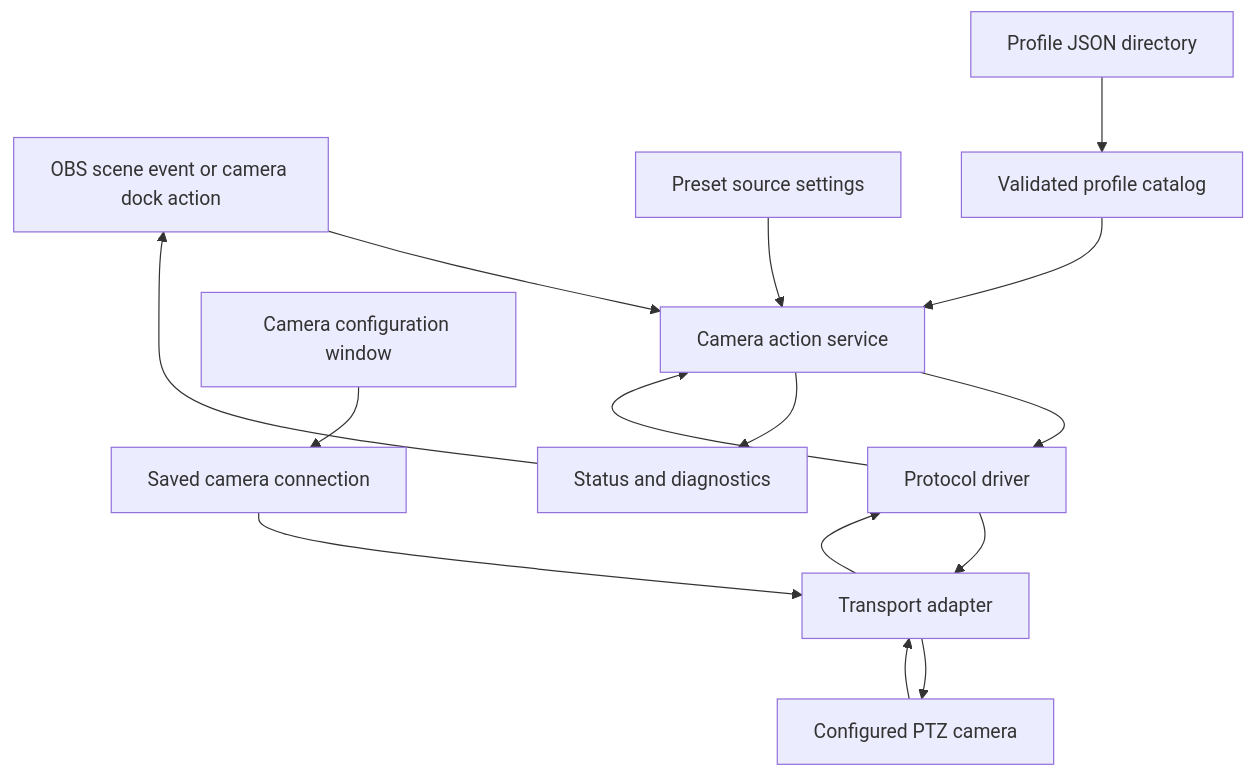
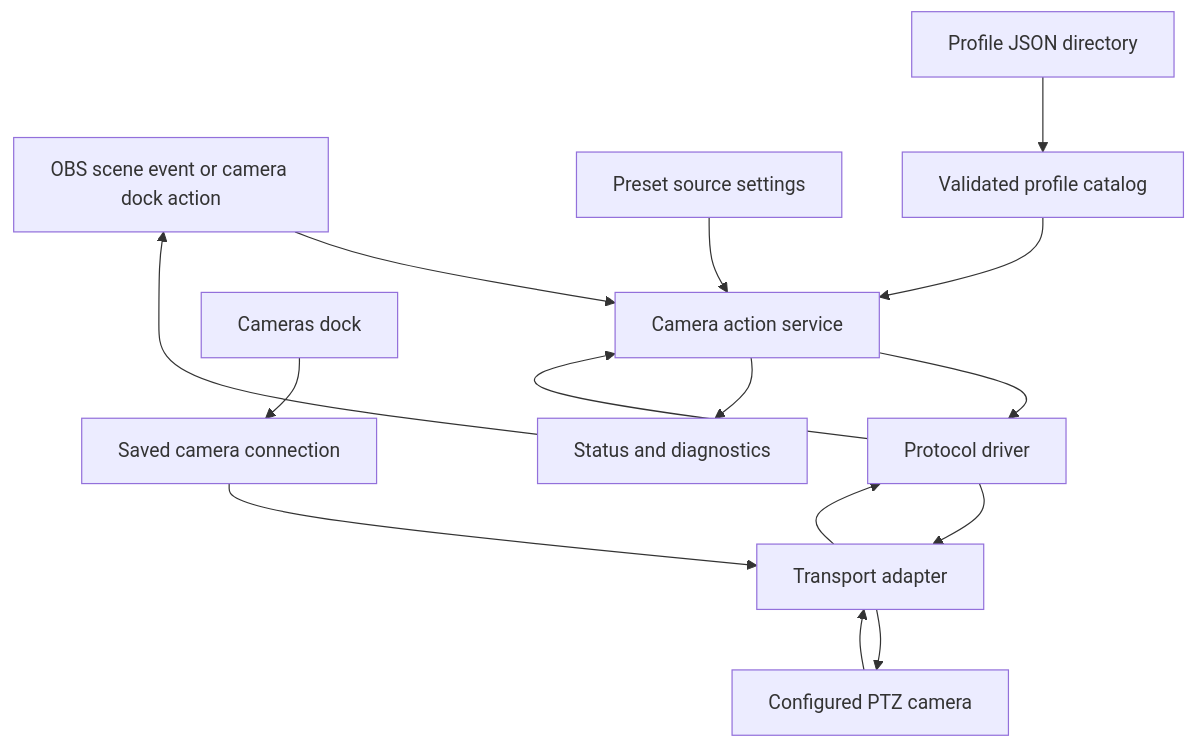
One commit to wzaggle/SimpleCamDirect changed the diagram in docs/PROJECT_MAP.md. Above: the diagram before and after it, drawn with Mermaid. The commit also changed other lines of this file and 8 other files, not shown here.

````diff
--- a/docs/PROJECT_MAP.md
+++ b/docs/PROJECT_MAP.md
@@ -28,17 +28,17 @@
 ```mermaid
 flowchart TD
     A[OBS scene event or camera dock action] --> B[Camera action service]
     C[Preset source settings] --> B
     D[Validated profile catalog] --> B
     B --> E[Protocol driver]
     E --> F[Transport adapter]
     F --> G[Configured PTZ camera]
     G --> F
     F --> E
     E --> B
     B --> H[Status and diagnostics]
     H --> A
-    I[Camera configuration window] --> J[Saved camera connection]
+    I[Cameras dock] --> J[Saved camera connection]
     J --> F
     K[Profile JSON directory] --> D
 ```
````
